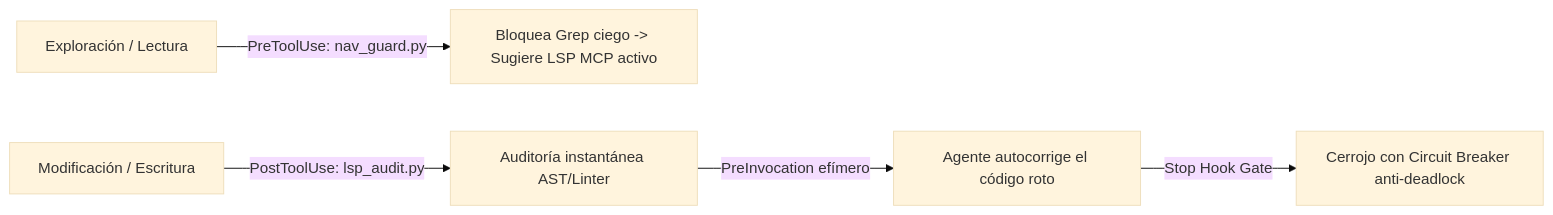
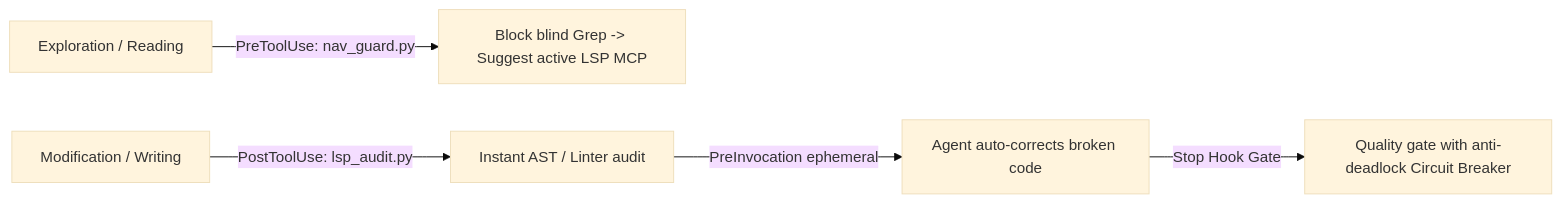
One commit to dbqp01/LSP-Antigravity changed the diagram in README.md. Above: the diagram before and after it, drawn with Mermaid (base theme). The commit also changed other lines of this file and 6 other files, not shown here.

````diff
--- a/README.md
+++ b/README.md
@@ -24,7 +24,7 @@
 ```mermaid
 flowchart LR
-    A[Exploración / Lectura] -->|PreToolUse: nav_guard.py| B[Bloquea Grep ciego -> Sugiere LSP MCP activo]
-    C[Modificación / Escritura] -->|PostToolUse: lsp_audit.py| D[Auditoría instantánea AST/Linter]
-    D -->|PreInvocation efímero| E[Agente autocorrige el código roto]
-    E -->|Stop Hook Gate| F[Cerrojo con Circuit Breaker anti-deadlock]
+    A[Exploration / Reading] -->|PreToolUse: nav_guard.py| B[Block blind Grep -> Suggest active LSP MCP]
+    C[Modification / Writing] -->|PostToolUse: lsp_audit.py| D[Instant AST / Linter audit]
+    D -->|PreInvocation ephemeral| E[Agent auto-corrects broken code]
+    E -->|Stop Hook Gate| F[Quality gate with anti-deadlock Circuit Breaker]
 ```
````
